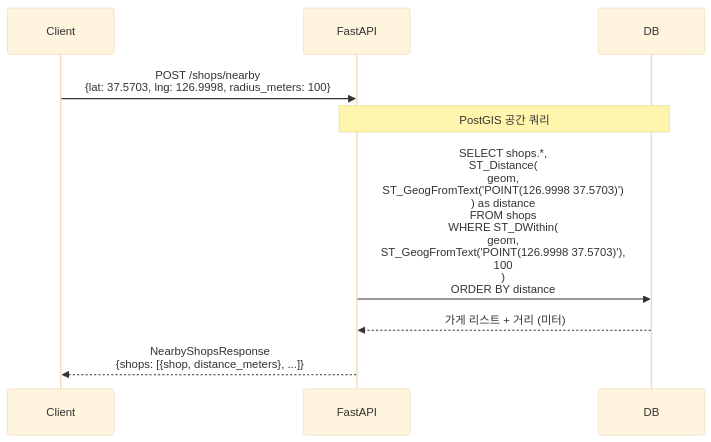
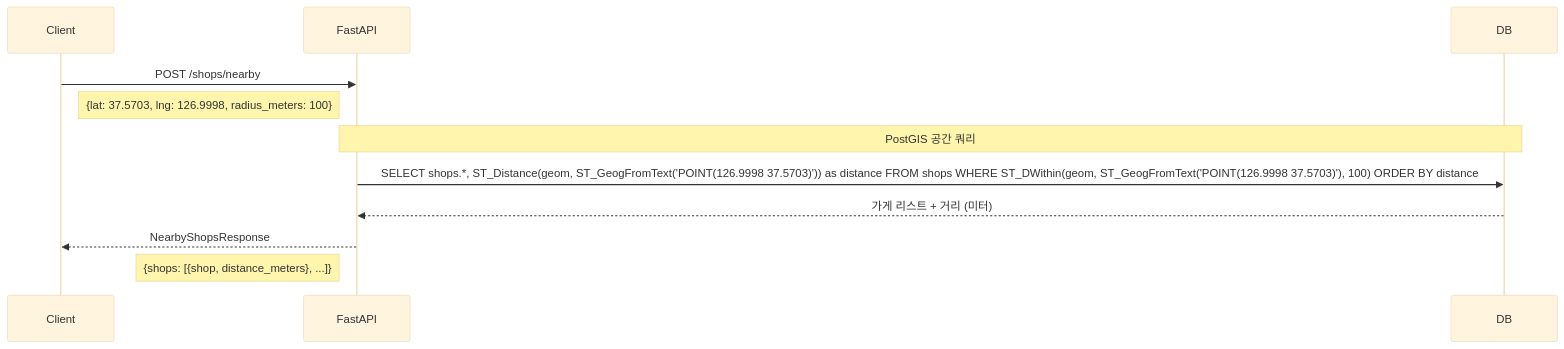
The sixth of 7 diagrams in backend/SYSTEM_ARCHITECTURE.md (WoongHeeHee/DX_project), drawn with Mermaid (base theme) before and after one commit. The commit also changed other lines of this file and 136 other files, not shown here.

````diff
--- a/backend/SYSTEM_ARCHITECTURE.md
+++ b/backend/SYSTEM_ARCHITECTURE.md
@@ -287,14 +374,16 @@
 ```mermaid
 sequenceDiagram
     participant Client
     participant FastAPI
     participant DB
 
-    Client->>FastAPI: POST /shops/nearby<br/>{lat: 37.5703, lng: 126.9998, radius_meters: 100}
+    Client->>FastAPI: POST /shops/nearby
+    Note right of Client: {lat: 37.5703, lng: 126.9998, radius_meters: 100}
     
     Note over FastAPI,DB: PostGIS 공간 쿼리
-    FastAPI->>DB: SELECT shops.*,<br/>ST_Distance(<br/>  geom,<br/>  ST_GeogFromText('POINT(126.9998 37.5703)')<br/>) as distance<br/>FROM shops<br/>WHERE ST_DWithin(<br/>  geom,<br/>  ST_GeogFromText('POINT(126.9998 37.5703)'),<br/>  100<br/>)<br/>ORDER BY distance
+    FastAPI->>DB: SELECT shops.*, ST_Distance(geom, ST_GeogFromText('POINT(126.9998 37.5703)')) as distance FROM shops WHERE ST_DWithin(geom, ST_GeogFromText('POINT(126.9998 37.5703)'), 100) ORDER BY distance
     
     DB-->>FastAPI: 가게 리스트 + 거리 (미터)
-    FastAPI-->>Client: NearbyShopsResponse<br/>{shops: [{shop, distance_meters}, ...]}
+    FastAPI-->>Client: NearbyShopsResponse
+    Note left of FastAPI: {shops: [{shop, distance_meters}, ...]}
 ```
````
